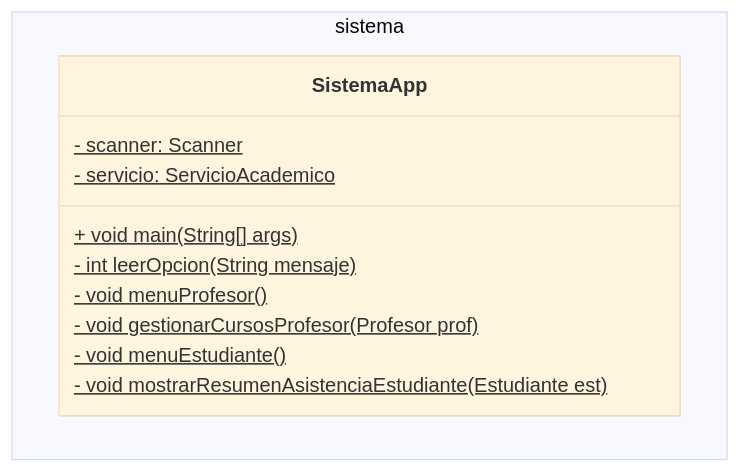
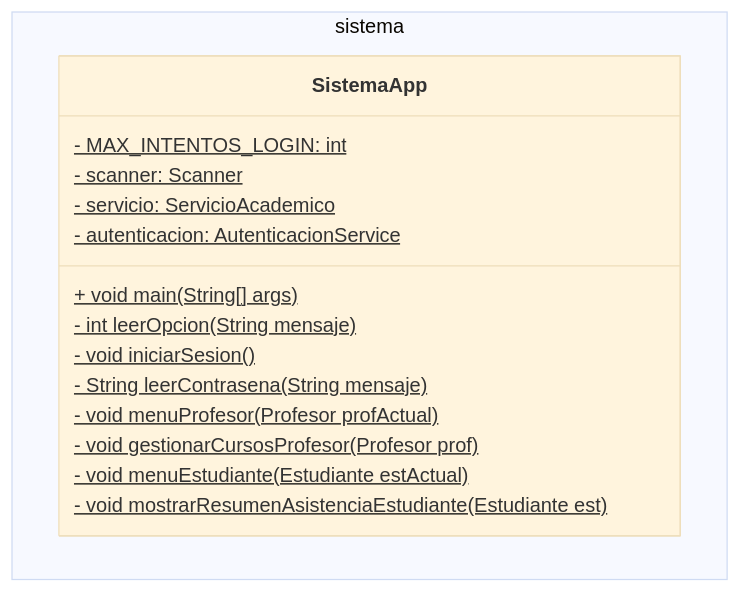
Before and after one commit to Aireck2/take-attendance-java: the diagram in docs/sistema/Sistema.mmd, drawn with Mermaid (base theme). The commit also changed 13 other files, not shown here.

First line of the commit message:
docs(auth): document roles, login flow and demo credentials

```diff
--- a/docs/sistema/Sistema.mmd
+++ b/docs/sistema/Sistema.mmd
@@ -1,13 +1,17 @@
 classDiagram
     namespace sistema {
         class SistemaApp {
+            - MAX_INTENTOS_LOGIN: int$
             - scanner: Scanner$
             - servicio: ServicioAcademico$
+            - autenticacion: AutenticacionService$
             + void main(String[] args)$
             - int leerOpcion(String mensaje)$
-            - void menuProfesor()$
+            - void iniciarSesion()$
+            - String leerContrasena(String mensaje)$
+            - void menuProfesor(Profesor profActual)$
             - void gestionarCursosProfesor(Profesor prof)$
-            - void menuEstudiante()$
+            - void menuEstudiante(Estudiante estActual)$
             - void mostrarResumenAsistenciaEstudiante(Estudiante est)$
         }
     }
```
